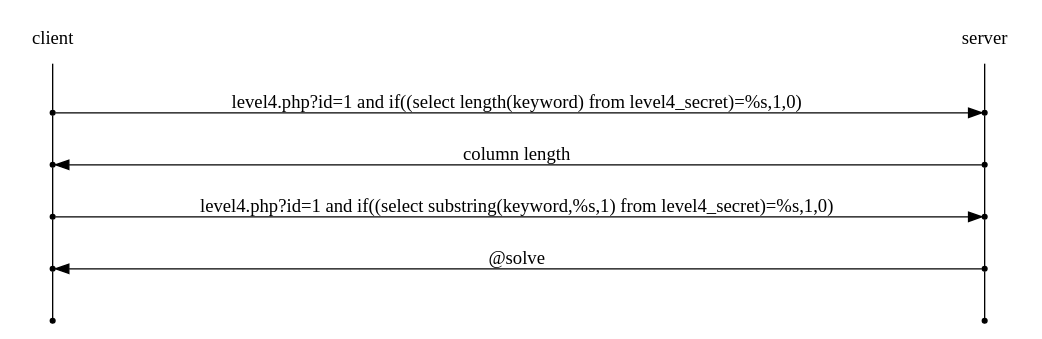
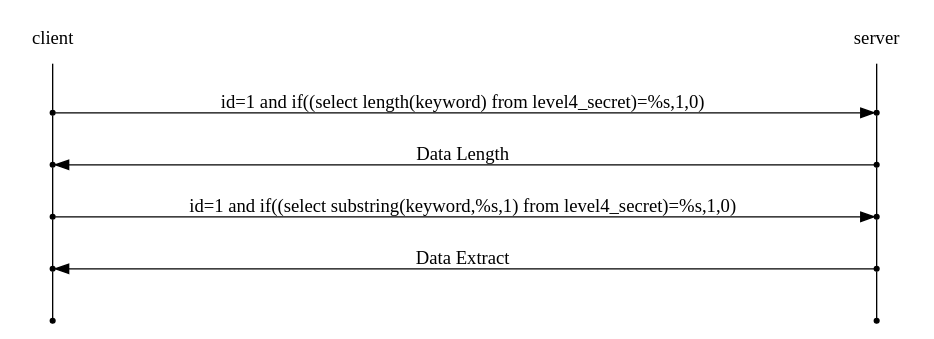
Before and after one commit to joizel/ctf_writeup: the diagram in docs/web/Blind SQL Injection/[redtiger] level4.rst, drawn with Graphviz. The commit also changed other lines of this file and 13 other files, not shown here.

```diff
--- a/docs/web/Blind SQL Injection/[redtiger] level4.rst
+++ b/docs/web/Blind SQL Injection/[redtiger] level4.rst
@@ -5,23 +7,23 @@
 .. graphviz::
 
     digraph G {
         rankdir="LR";
         node[shape="point"];
         edge[arrowhead="none"]
 
         {
             rank="same";
             "client"[shape="plaintext"];
             "client" -> step0 -> step2 -> step4 -> step6 -> step8;
         }
 
         {
             rank="same";
             "server"[shape="plaintext"];
             "server" -> step1 -> step3 -> step5 -> step7 -> step9;
         }
-        step0 -> step1[label="level4.php?id=1 and if((select length(keyword) from level4_secret)=%s,1,0)",arrowhead="normal"];
-        step3 -> step2[label="column length",arrowhead="normal"];
-        step4 -> step5[label="level4.php?id=1 and if((select substring(keyword,%s,1) from level4_secret)=%s,1,0)",arrowhead="normal"];
-        step7 -> step6[label="@solve",arrowhead="normal"];
+        step0 -> step1[label="id=1 and if((select length(keyword) from level4_secret)=%s,1,0)",arrowhead="normal"];
+        step3 -> step2[label="Data Length",arrowhead="normal"];
+        step4 -> step5[label="id=1 and if((select substring(keyword,%s,1) from level4_secret)=%s,1,0)",arrowhead="normal"];
+        step7 -> step6[label="Data Extract",arrowhead="normal"];
     }
```
